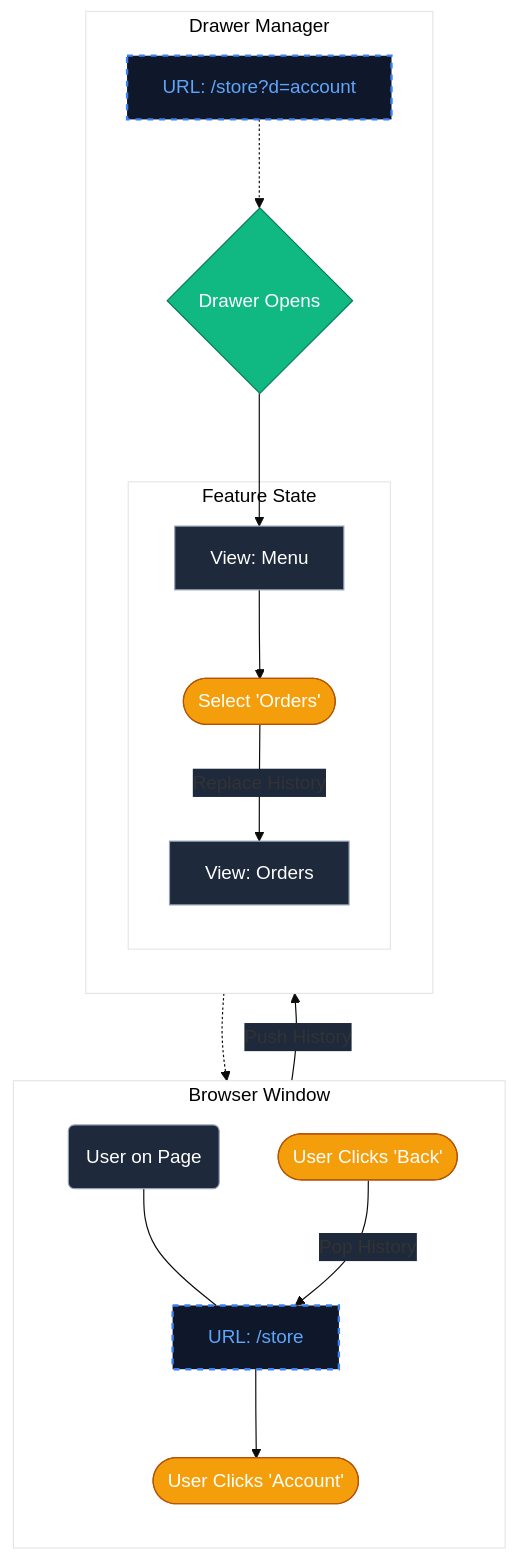
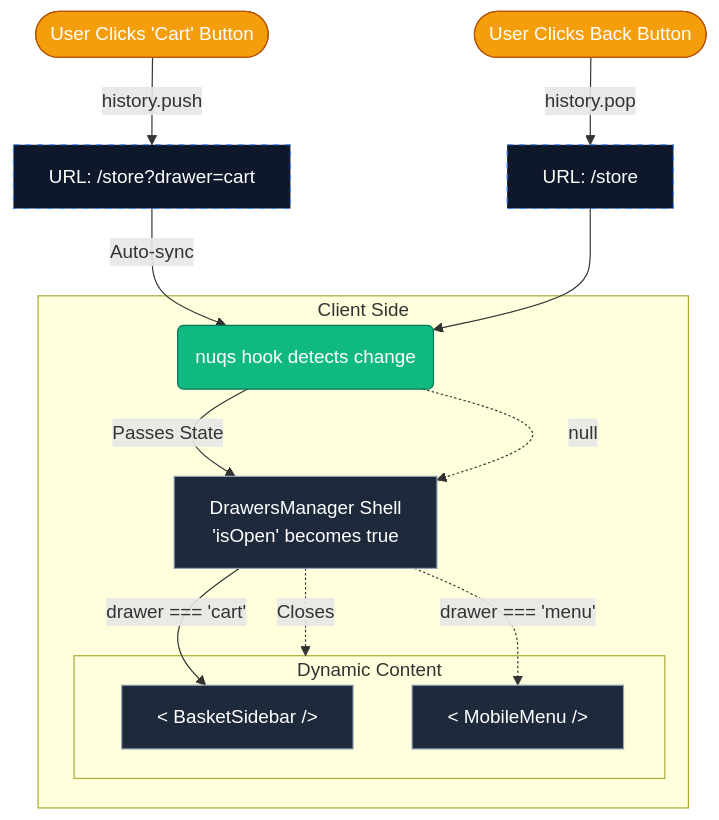
One commit to munrhalls/sang-logium changed the diagram in app/components/layout/drawers/README.md. Above: the diagram before and after it, drawn with Mermaid. The commit also changed other lines of this file, not shown here.

Commit message:
Mobile drawers system - design completed, making README clear

````diff
--- a/app/components/layout/drawers/README.md
+++ b/app/components/layout/drawers/README.md
@@ -18,40 +22,39 @@
 ```mermaid
-%%{init: {'theme': 'base', 'themeVariables': { 'primaryColor': '#3b82f6', 'edgeLabelBackground':'#1e293b', 'tertiaryColor': '#fff'}}}%%
 graph TD
-    classDef default fill:#1e293b,stroke:#94a3b8,stroke-width:1px,color:#fff;
-    classDef urlState fill:#0f172a,stroke:#3b82f6,stroke-width:2px,color:#60a5fa,stroke-dasharray: 5 5;
-    classDef userAction fill:#f59e0b,stroke:#b45309,stroke-width:1px,color:#fff,rx:5,ry:5;
-    classDef systemLogic fill:#10b981,stroke:#047857,stroke-width:1px,color:#fff;
+    %% Styling
+    classDef userAction fill:#f59e0b,stroke:#b45309,color:#fff,rx:5,ry:5;
+    classDef urlState fill:#0f172a,stroke:#3b82f6,color:#fff,stroke-dasharray: 5 5;
+    classDef component fill:#1e293b,stroke:#94a3b8,color:#fff;
+    classDef logic fill:#10b981,stroke:#047857,color:#fff;
 
-    subgraph Browser_Window [Browser Window]
-        direction TB
-        Start(User on Page):::default
-        URL_Idle[URL: /store]:::urlState
-        ClickBtn([User Clicks 'Account']):::userAction
-        BackBtn([User Clicks 'Back']):::userAction
-    end
+    %% Nodes
+    User([User Clicks 'Cart' Button]):::userAction
+    UrlCart[URL: /store?drawer=cart]:::urlState
 
-    subgraph Drawer_Overlay [Drawer Manager]
-        direction TB
-        DrawerOpen{Drawer Opens}:::systemLogic
-        URL_Active[URL: /store?d=account]:::urlState
+    subgraph Client_Boundary [Client Side]
+        Nuqs(nuqs hook detects change):::logic
+        Shell[DrawersManager Shell \n 'isOpen' becomes true]:::component
 
-        subgraph Internal_State [Feature State]
-            ViewMenu[View: Menu]:::default
-            ClickTab([Select 'Orders']):::userAction
-            ViewOrders[View: Orders]:::default
+        subgraph Rendered_Content [Dynamic Content]
+            Cart[< BasketSidebar />]:::component
+            Menu[< MobileMenu />]:::component
         end
     end
 
-    Start --- URL_Idle
-    URL_Idle --> ClickBtn
-    ClickBtn -->|Push History| URL_Active
-    URL_Active -.-> DrawerOpen
-    DrawerOpen --> ViewMenu
+    %% Flows
+    User -->|history.push| UrlCart
+    UrlCart -->|Auto-sync| Nuqs
+    Nuqs -->|Passes State| Shell
 
-    ViewMenu --> ClickTab
-    ClickTab -->|Replace History| ViewOrders
+    Shell -->|drawer === 'cart'| Cart
+    Shell -.->|drawer === 'menu'| Menu
 
-    ViewOrders -.-> BackBtn
-    BackBtn -->|Pop History| URL_Idle
+    %% Closing Logic
+    Back([User Clicks Back Button]):::userAction
+    UrlClean[URL: /store]:::urlState
+
+    Back -->|history.pop| UrlClean
+    UrlClean --> Nuqs
+    Nuqs -.->|null| Shell
+    Shell -.->|Closes| Rendered_Content
 ```
````
